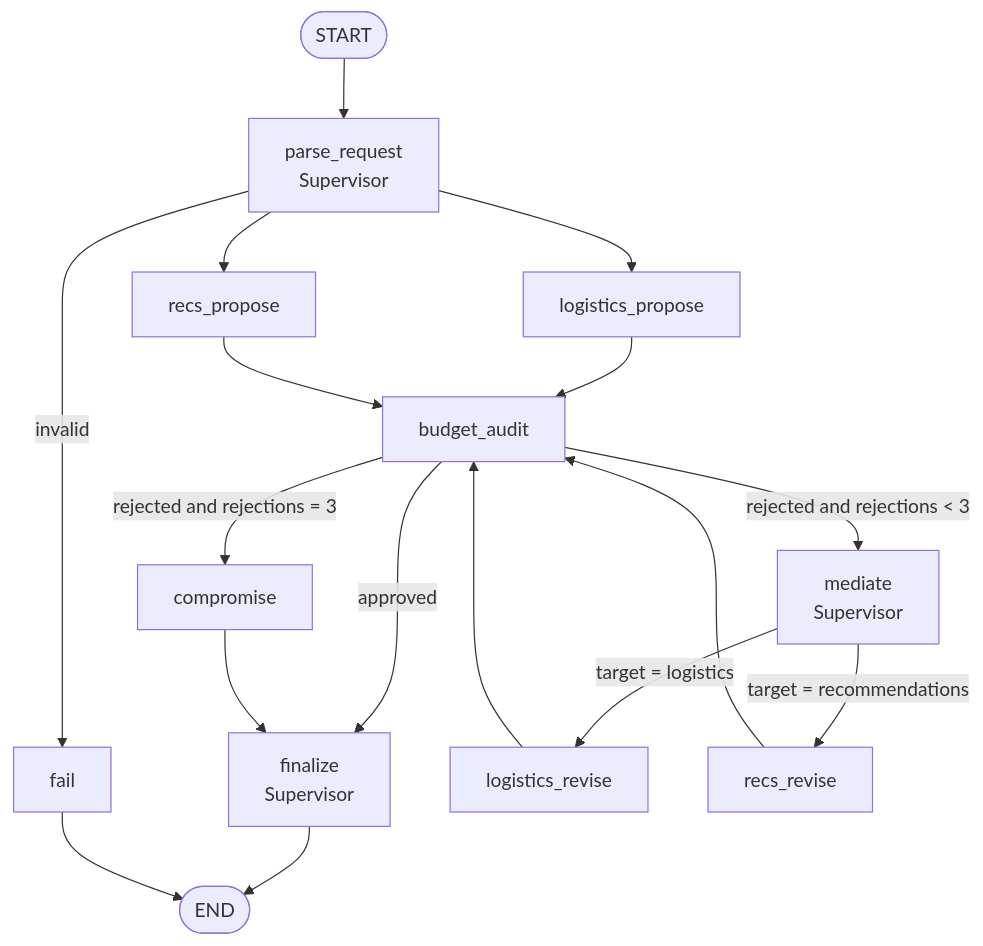
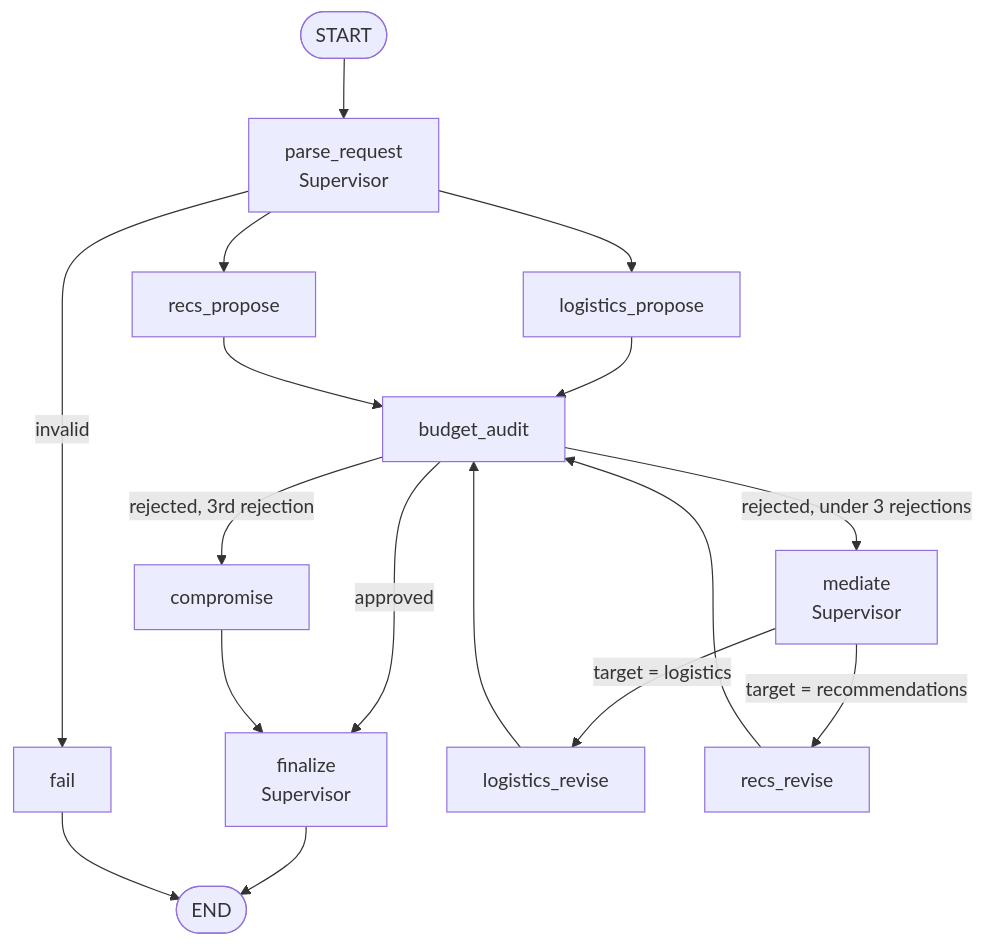
The second of 2 diagrams in docs/workflow.md (AryanPandey17/Roamly), drawn with Mermaid before and after one commit. The commit also changed other lines of this file and 1 other file, not shown here.

Commit message:
docs: fix Mermaid syntax in diagrams

````diff
--- a/docs/workflow.md
+++ b/docs/workflow.md
@@ -80,19 +80,19 @@
 ```mermaid
 flowchart TD
   START([START]) --> parse[parse_request<br/>Supervisor]
   parse -->|invalid| fail[fail]
   parse --> logistics[logistics_propose]
   parse --> recs[recs_propose]
   logistics --> audit[budget_audit]
   recs --> audit
   audit -->|approved| finalize[finalize<br/>Supervisor]
-  audit -->|"rejected and rejections < 3"| mediate[mediate<br/>Supervisor]
-  audit -->|"rejected and rejections = 3"| compromise[compromise]
+  audit -->|"rejected, under 3 rejections"| mediate[mediate<br/>Supervisor]
+  audit -->|"rejected, 3rd rejection"| compromise[compromise]
   mediate -->|target = logistics| logistics_rev[logistics_revise]
   mediate -->|target = recommendations| recs_rev[recs_revise]
   logistics_rev --> audit
   recs_rev --> audit
   compromise --> finalize
   finalize --> END([END])
   fail --> END
 ```
````
